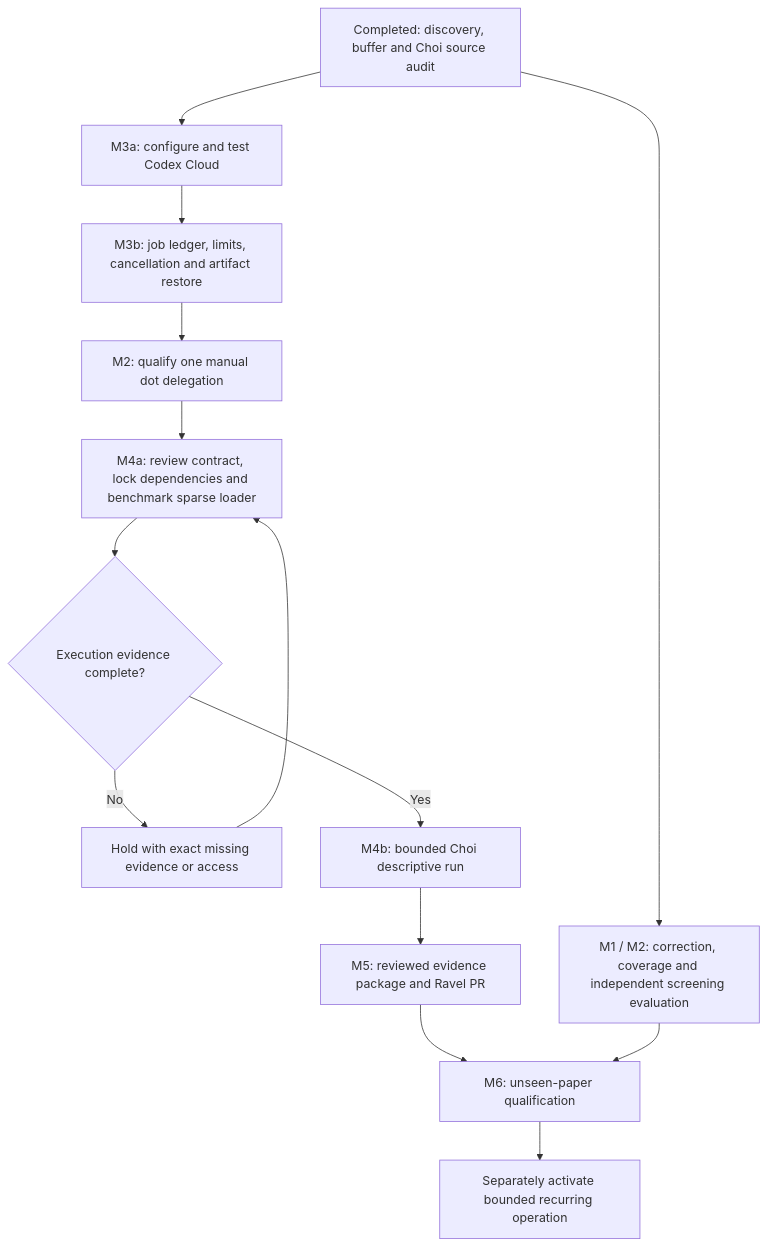
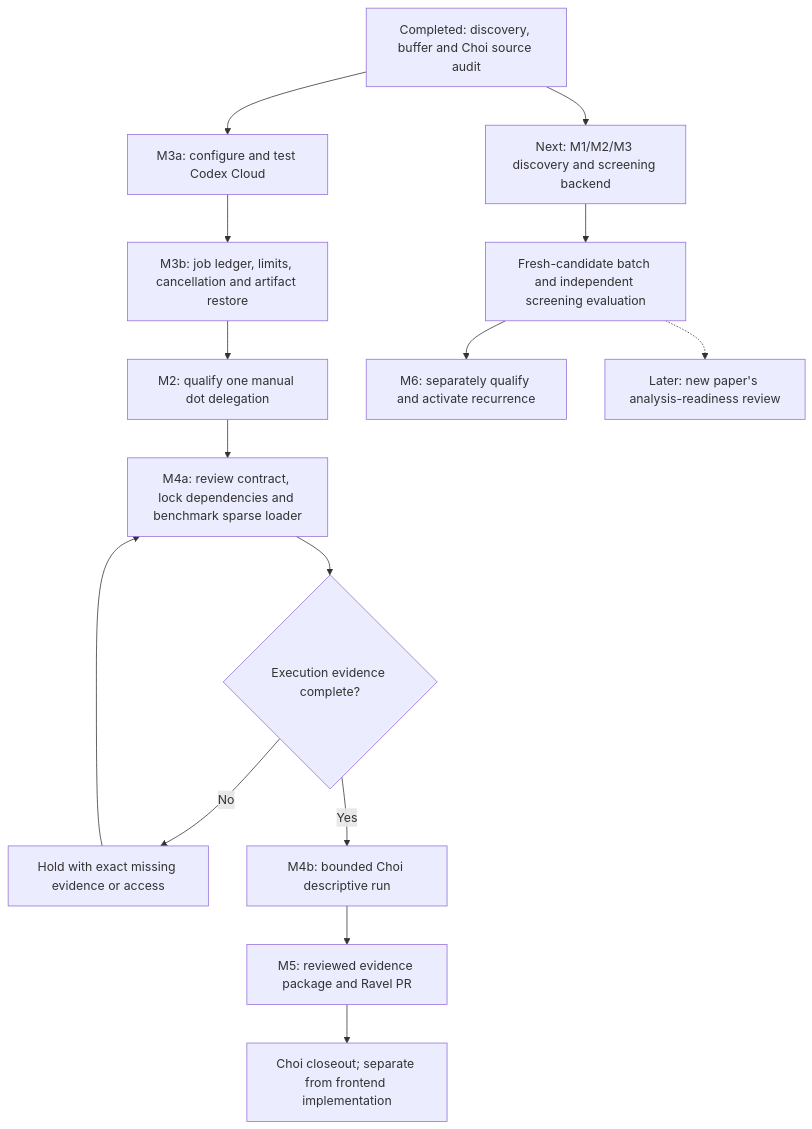
One commit to xorca0711/weft changed the diagram in docs/IMPLEMENTATION_PLAN.md. Above: the diagram before and after it, drawn with Mermaid. The commit also changed other lines of this file and 5 other files, not shown here.

Commit message:
Prioritize discovery and screening backend before pilot publication

````diff
--- a/docs/IMPLEMENTATION_PLAN.md
+++ b/docs/IMPLEMENTATION_PLAN.md
@@ -54,16 +66,17 @@
 ```mermaid
 flowchart TD
     B["Completed: discovery, buffer and Choi source audit"] --> C["M3a: configure and test Codex Cloud"]
     C --> J["M3b: job ledger, limits, cancellation and artifact restore"]
     J --> D["M2: qualify one manual dot delegation"]
     D --> K["M4a: review contract, lock dependencies and benchmark sparse loader"]
     K --> G{"Execution evidence complete?"}
     G -->|No| H["Hold with exact missing evidence or access"]
     H --> K
     G -->|Yes| P["M4b: bounded Choi descriptive run"]
     P --> R["M5: reviewed evidence package and Ravel PR"]
-    R --> U["M6: unseen-paper qualification"]
-    U --> A["Separately activate bounded recurring operation"]
-    B --> E["M1 / M2: correction, coverage and independent screening evaluation"]
-    E --> U
+    B --> E["Next: M1/M2/M3 discovery and screening backend"]
+    E --> U["Fresh-candidate batch and independent screening evaluation"]
+    U --> A["M6: separately qualify and activate recurrence"]
+    U -.-> N["Later: new paper's analysis-readiness review"]
+    R --> Z["Choi closeout; separate from frontend implementation"]
 ```
````
